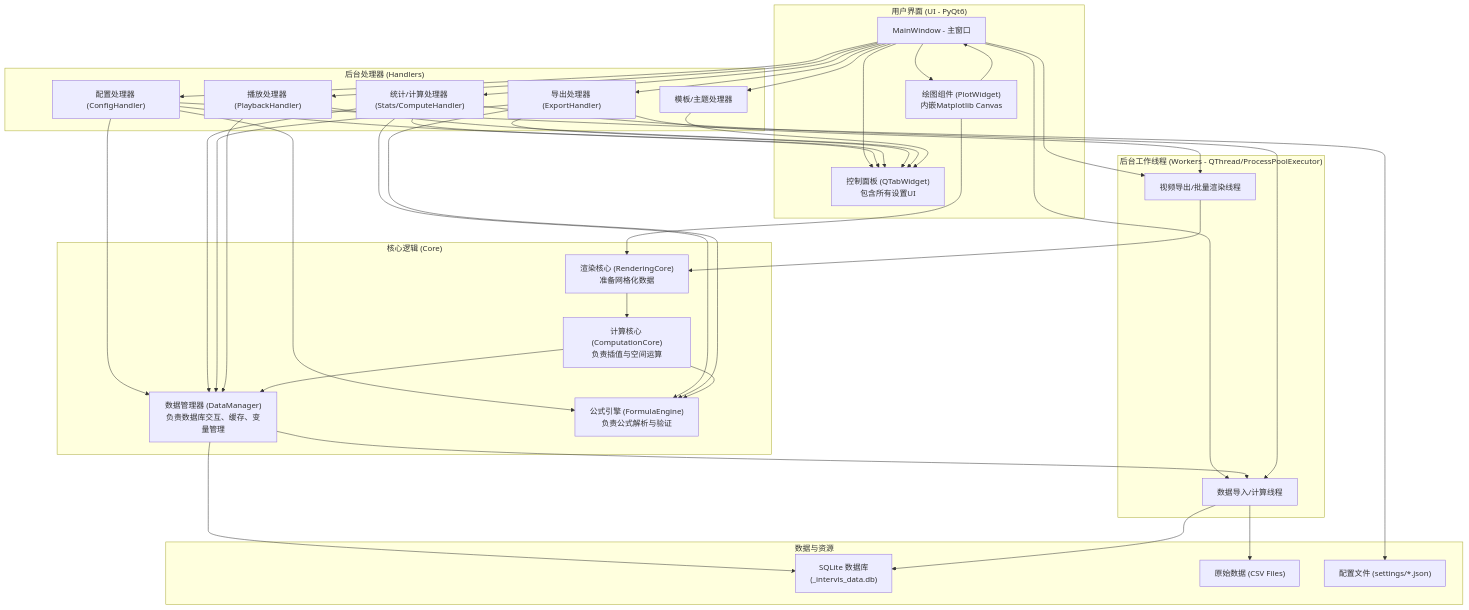
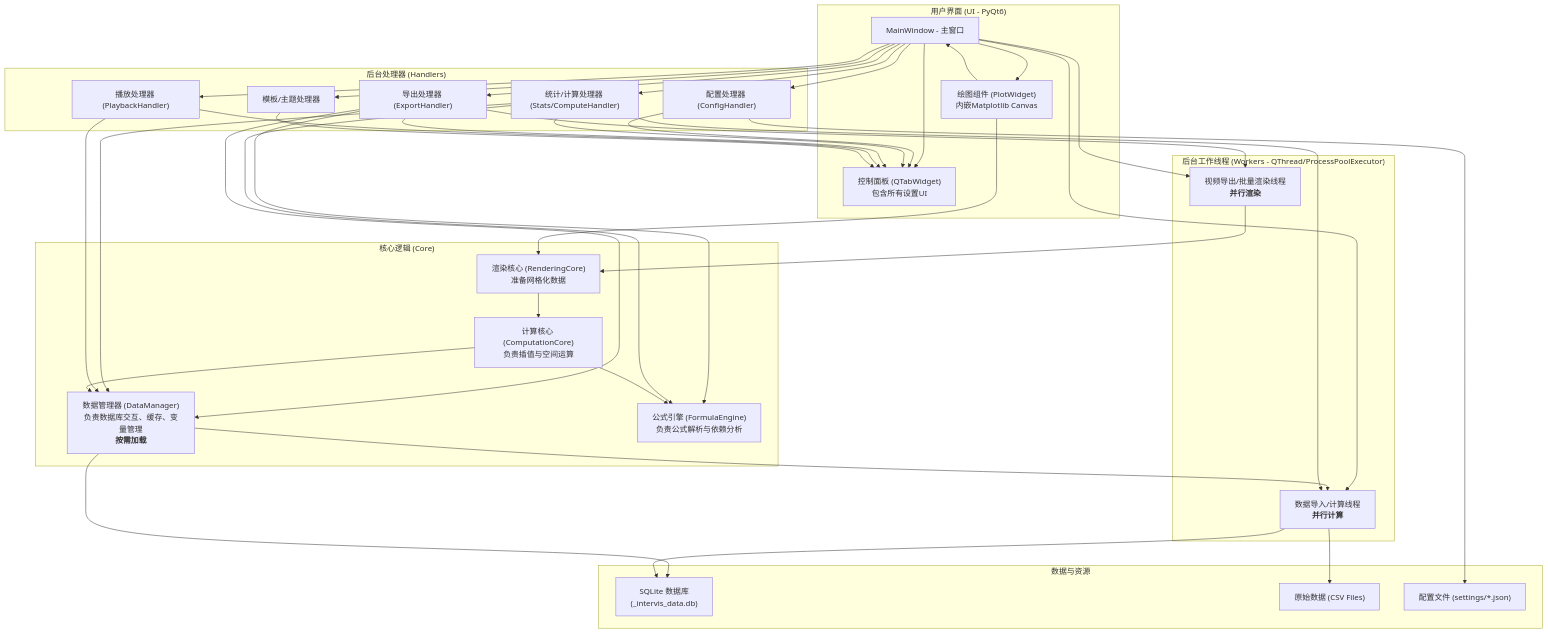
Before and after one commit to StarsWhere/FluidFlowVis-CUDA: the first of 2 diagrams in README.md, drawn with Mermaid. The commit also changed other lines of this file, not shown here.

````diff
--- a/README.md
+++ b/README.md
@@ -142,58 +144,57 @@
 ```mermaid
 graph TD
     subgraph UI["用户界面 (UI - PyQt6)"]
         A[MainWindow - 主窗口]
         B["控制面板 (QTabWidget)<br/>包含所有设置UI"]
         C["绘图组件 (PlotWidget)<br/>内嵌Matplotlib Canvas"]
     end
   
     subgraph Core["核心逻辑 (Core)"]
-        D["数据管理器 (DataManager)<br/>负责数据库交互、缓存、变量管理"]
-        E["公式引擎 (FormulaEngine)<br/>负责公式解析与验证"]
+        D["数据管理器 (DataManager)<br/>负责数据库交互、缓存、变量管理<br/><b>按需加载</b>"]
+        E["公式引擎 (FormulaEngine)<br/>负责公式解析与依赖分析"]
         F["计算核心 (ComputationCore)<br/>负责插值与空间运算"]
         G["渲染核心 (RenderingCore)<br/>准备网格化数据"]
     end
   
     subgraph Handlers["后台处理器 (Handlers)"]
         H["配置处理器 (ConfigHandler)"]
         I["统计/计算处理器 (Stats/ComputeHandler)"]
         J["导出处理器 (ExportHandler)"]
         K["播放处理器 (PlaybackHandler)"]
         L["模板/主题处理器"]
     end
   
     subgraph Data["数据与资源"]
         M["SQLite 数据库<br/>(_intervis_data.db)"]
         N["原始数据 (CSV Files)"]
         O["配置文件 (settings/*.json)"]
     end
   
     subgraph Workers["后台工作线程 (Workers - QThread/ProcessPoolExecutor)"]
-        P["数据导入/计算线程"]
-        Q["视频导出/批量渲染线程"]
+        P["数据导入/计算线程<br/><b>并行计算</b>"]
+        Q["视频导出/批量渲染线程<br/><b>并行渲染</b>"]
     end
   
     %% 连接关系
     A --> B; A --> C;
     A --> H; A --> I; A --> J; A --> K; A --> L;
 
     H --> B; I --> B; J --> B; K --> B; L --> B;
     
-    H --> D; H --> E;
+    J --> D; J --> E;
     I --> D; I --> E;
-    J --> D; J --> E;
     K --> D;
     
     C --> G; C --> A;
     A --> P; A --> Q;
   
     G --> F; F --> E; F --> D;
   
     D --> M; D --> P;
     P --> N; P --> M;
   
     J --> Q; Q --> G;
     I --> P;
     
     H --> O
 ```
````
